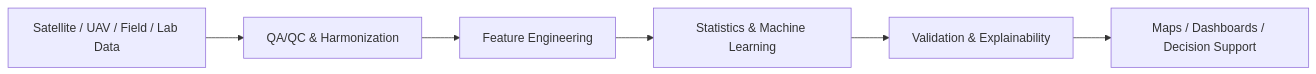
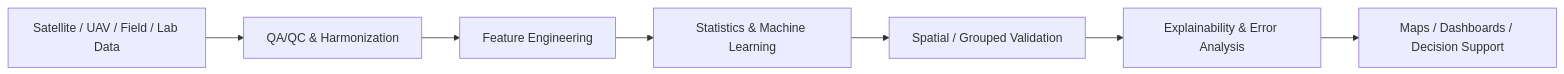
Before and after one commit to belbasepriyanka/belbasepriyanka: the diagram in README.md, drawn with Mermaid. The commit also changed other lines of this file, not shown here.

````diff
--- a/README.md
+++ b/README.md
@@ -142,8 +77,9 @@
 ```mermaid
 flowchart LR
     A[Satellite / UAV / Field / Lab Data] --> B[QA/QC & Harmonization]
     B --> C[Feature Engineering]
     C --> D[Statistics & Machine Learning]
-    D --> E[Validation & Explainability]
-    E --> F[Maps / Dashboards / Decision Support]
+    D --> E[Spatial / Grouped Validation]
+    E --> F[Explainability & Error Analysis]
+    F --> G[Maps / Dashboards / Decision Support]
 ```
````
